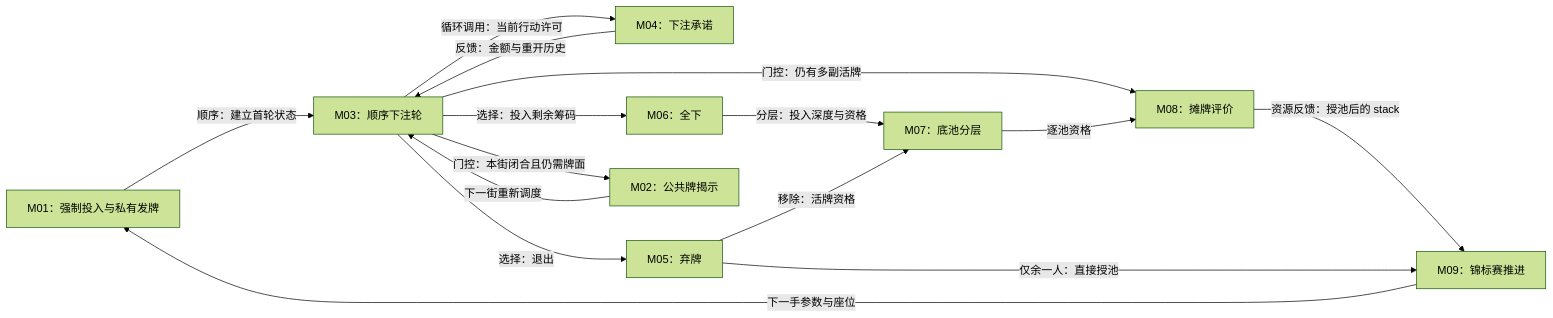
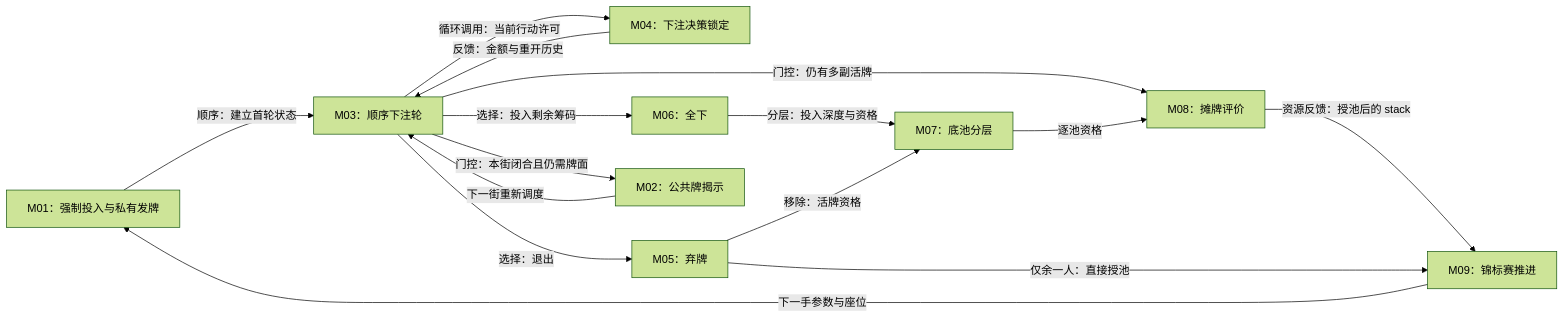
Before and after one commit to onovich/Game-Primitives: the diagram in catalog/cases/holdem-wsop-2026-event-65.md, drawn with Mermaid (forest theme). The commit also changed other lines of this file and 15 other files, not shown here.

````diff
--- a/catalog/cases/holdem-wsop-2026-event-65.md
+++ b/catalog/cases/holdem-wsop-2026-event-65.md
@@ -432,17 +449,17 @@
 ```mermaid
 flowchart LR
     M01["M01：强制投入与私有发牌"] -->|"顺序：建立首轮状态"| M03["M03：顺序下注轮"]
-    M03 -->|"循环调用：当前行动许可"| M04["M04：下注承诺"]
+    M03 -->|"循环调用：当前行动许可"| M04["M04：下注决策锁定"]
     M04 -->|"反馈：金额与重开历史"| M03
     M03 -->|"选择：退出"| M05["M05：弃牌"]
     M03 -->|"选择：投入剩余筹码"| M06["M06：全下"]
     M06 -->|"分层：投入深度与资格"| M07["M07：底池分层"]
     M05 -->|"移除：活牌资格"| M07
     M03 -->|"门控：本街闭合且仍需牌面"| M02["M02：公共牌揭示"]
     M02 -->|"下一街重新调度"| M03
     M03 -->|"门控：仍有多副活牌"| M08["M08：摊牌评价"]
     M07 -->|"逐池资格"| M08
     M08 -->|"资源反馈：授池后的 stack"| M09["M09：锦标赛推进"]
     M05 -->|"仅余一人：直接授池"| M09
     M09 -->|"下一手参数与座位"| M01
 ```
````
